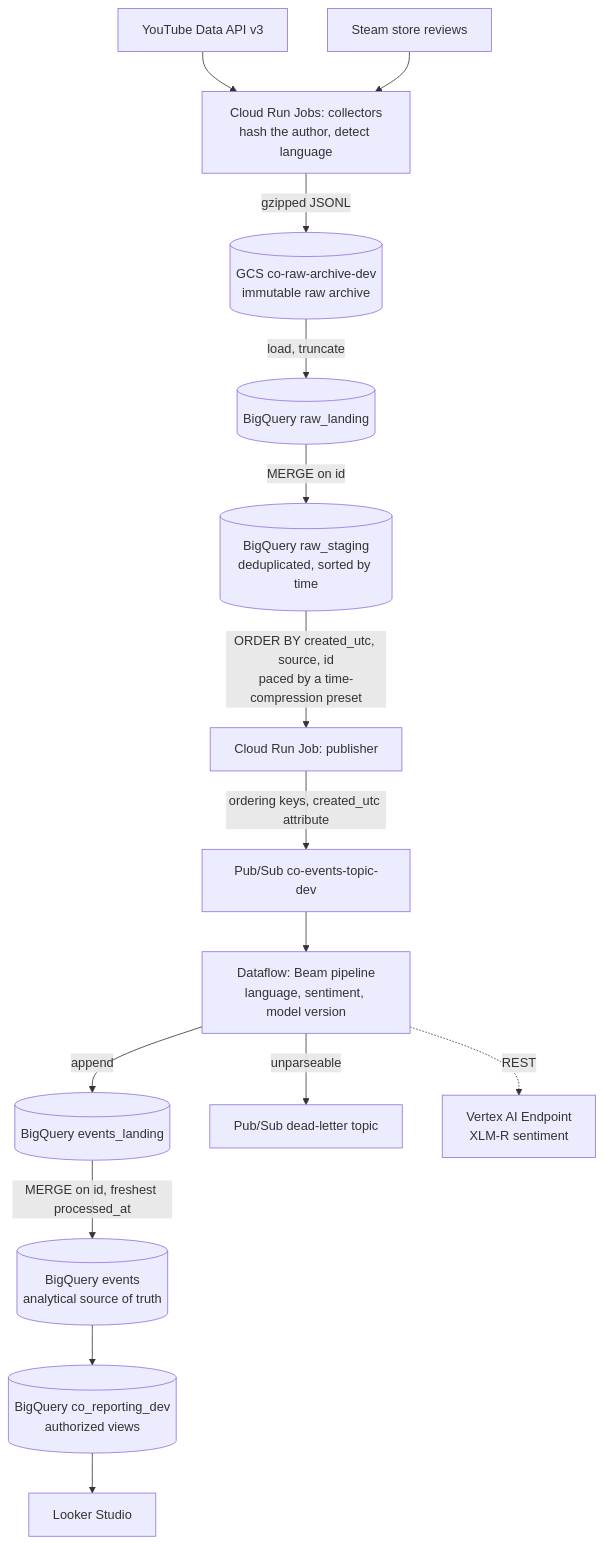
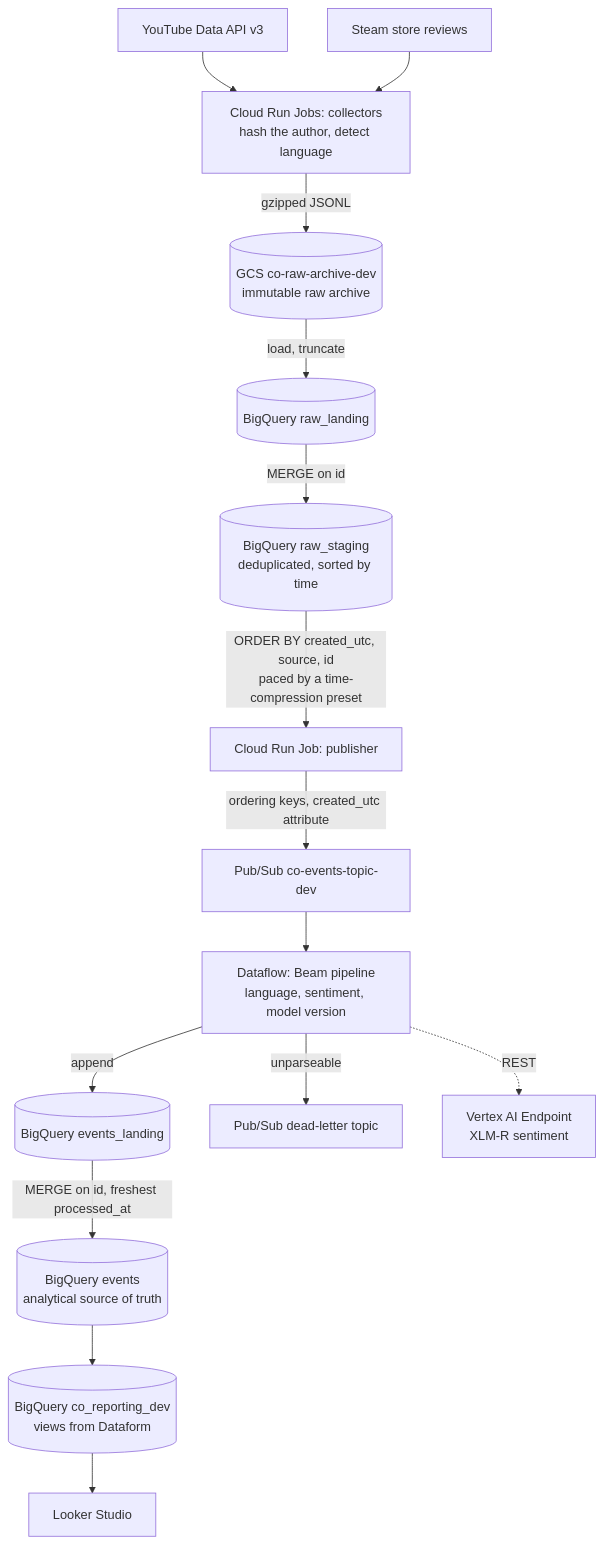
The diagram in docs/architecture.md (MarcinMazuro/pop-vibe-check), drawn with Mermaid before and after one commit. The commit also changed other lines of this file and 8 other files, not shown here.

First line of the commit message:
feat(dashboard): pages read the Dataform metric views

````diff
--- a/docs/architecture.md
+++ b/docs/architecture.md
@@ -9,20 +9,20 @@
 ```mermaid
 flowchart TD
     YT[YouTube Data API v3]
     ST[Steam store reviews]
     YT --> COL
     ST --> COL
     COL[Cloud Run Jobs: collectors<br/>hash the author, detect language]
     COL -->|gzipped JSONL| RAW[(GCS co-raw-archive-dev<br/>immutable raw archive)]
     RAW -->|load, truncate| RL[(BigQuery raw_landing)]
     RL -->|MERGE on id| RS[(BigQuery raw_staging<br/>deduplicated, sorted by time)]
     RS -->|"ORDER BY created_utc, source, id<br/>paced by a time-compression preset"| PUB[Cloud Run Job: publisher]
     PUB -->|ordering keys, created_utc attribute| PS[Pub/Sub co-events-topic-dev]
     PS --> DF[Dataflow: Beam pipeline<br/>language, sentiment, model version]
     DF -->|append| EL[(BigQuery events_landing)]
     DF -->|unparseable| DLQ[Pub/Sub dead-letter topic]
     EL -->|"MERGE on id, freshest processed_at"| EV[(BigQuery events<br/>analytical source of truth)]
-    EV --> RPT[(BigQuery co_reporting_dev<br/>authorized views)]
+    EV --> RPT[(BigQuery co_reporting_dev<br/>views from Dataform)]
     RPT --> LS[Looker Studio]
     DF -.->|REST| VX[Vertex AI Endpoint<br/>XLM-R sentiment]
 ```
````
